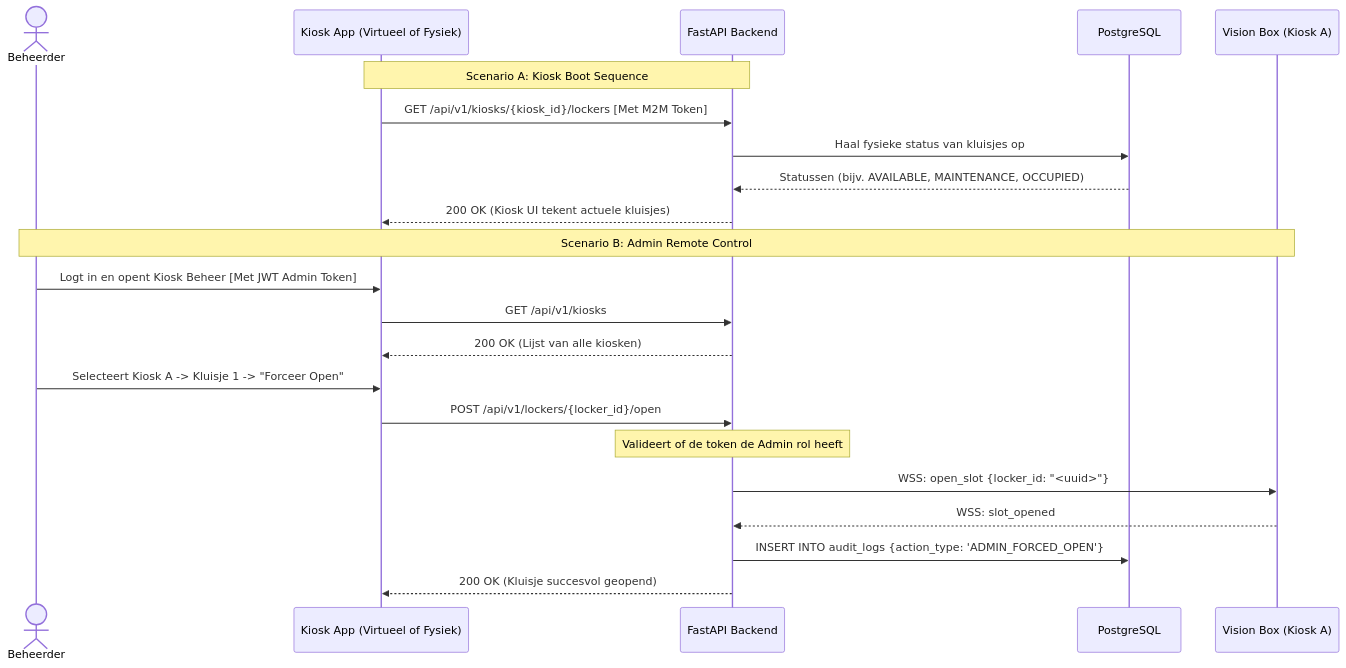
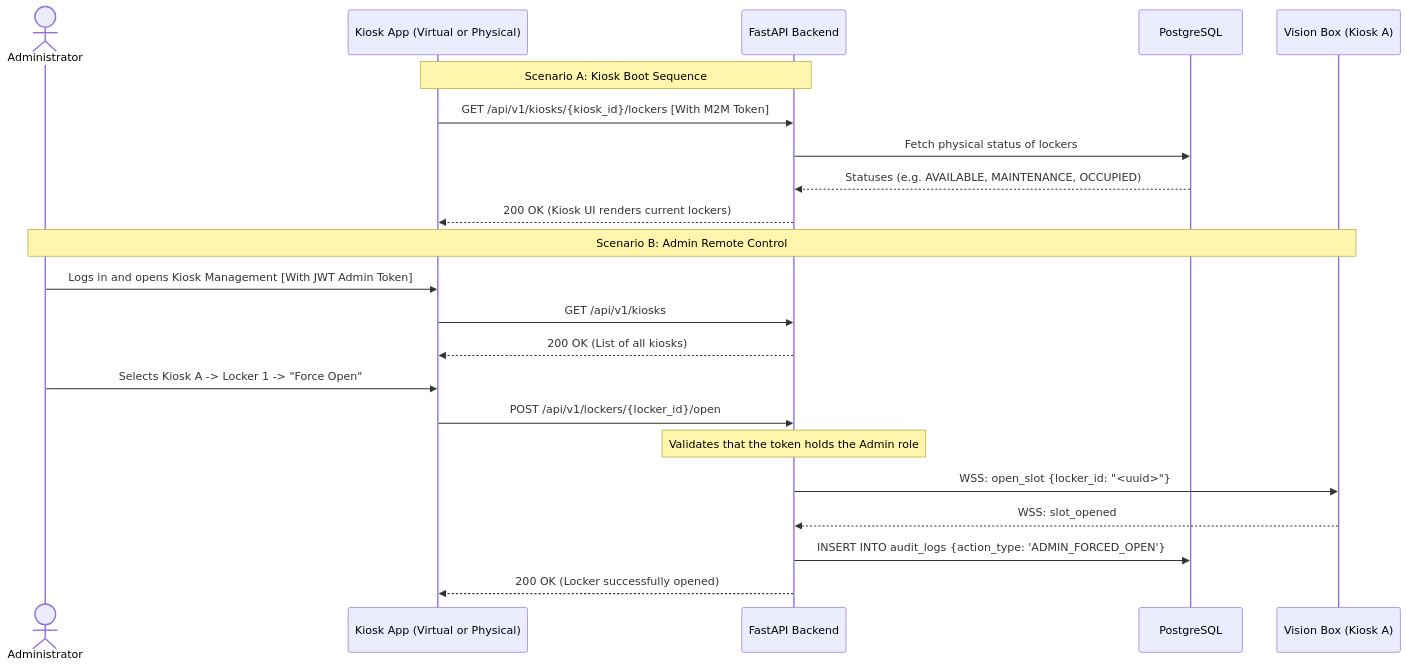
The diagram in docs/diagrams/sequence_admin_sync.mmd (easylend-practice-enterprise/easylend), drawn with Mermaid before and after one commit. The commit also changed 39 other files, not shown here.

```diff
--- a/docs/diagrams/sequence_admin_sync.mmd
+++ b/docs/diagrams/sequence_admin_sync.mmd
@@ -1,25 +1,25 @@
 sequenceDiagram
-    actor Admin as Beheerder
-    participant App as Kiosk App (Virtueel of Fysiek)
+    actor Admin as Administrator
+    participant App as Kiosk App (Virtual or Physical)
     participant API as FastAPI Backend
     participant DB as PostgreSQL
     participant VB as Vision Box (Kiosk A)
 
     Note over App,API: Scenario A: Kiosk Boot Sequence
-    App->>API: GET /api/v1/kiosks/{kiosk_id}/lockers [Met M2M Token]
-    API->>DB: Haal fysieke status van kluisjes op
-    DB-->>API: Statussen (bijv. AVAILABLE, MAINTENANCE, OCCUPIED)
-    API-->>App: 200 OK (Kiosk UI tekent actuele kluisjes)
+    App->>API: GET /api/v1/kiosks/{kiosk_id}/lockers [With M2M Token]
+    API->>DB: Fetch physical status of lockers
+    DB-->>API: Statuses (e.g. AVAILABLE, MAINTENANCE, OCCUPIED)
+    API-->>App: 200 OK (Kiosk UI renders current lockers)
 
     Note over Admin,VB: Scenario B: Admin Remote Control
-    Admin->>App: Logt in en opent Kiosk Beheer [Met JWT Admin Token]
+    Admin->>App: Logs in and opens Kiosk Management [With JWT Admin Token]
     App->>API: GET /api/v1/kiosks
-    API-->>App: 200 OK (Lijst van alle kiosken)
+    API-->>App: 200 OK (List of all kiosks)
 
-    Admin->>App: Selecteert Kiosk A -> Kluisje 1 -> "Forceer Open"
+    Admin->>App: Selects Kiosk A -> Locker 1 -> "Force Open"
     App->>API: POST /api/v1/lockers/{locker_id}/open
-    Note over API: Valideert of de token de Admin rol heeft
+    Note over API: Validates that the token holds the Admin role
     API->>VB: WSS: open_slot {locker_id: "<uuid>"}
     VB-->>API: WSS: slot_opened
     API->>DB: INSERT INTO audit_logs {action_type: 'ADMIN_FORCED_OPEN'}
-    API-->>App: 200 OK (Kluisje succesvol geopend)
+    API-->>App: 200 OK (Locker successfully opened)
```
